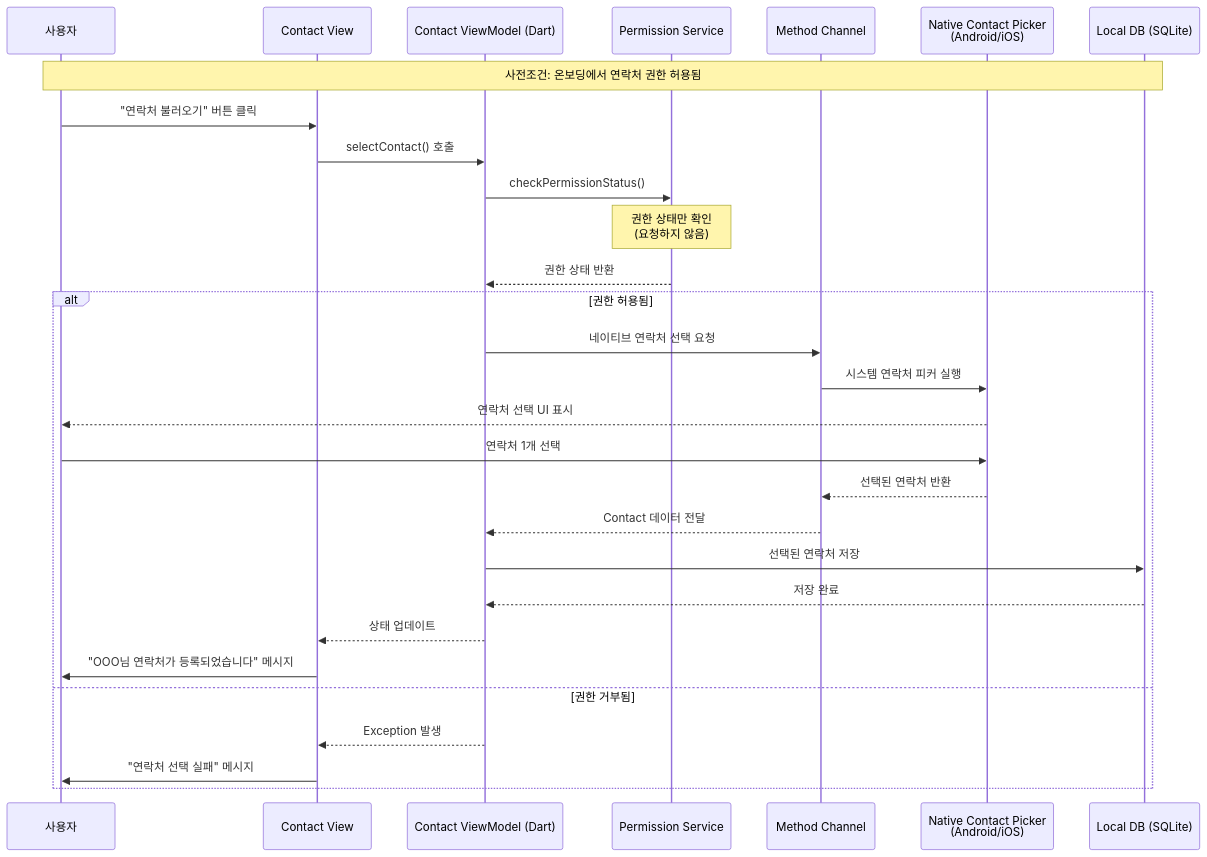
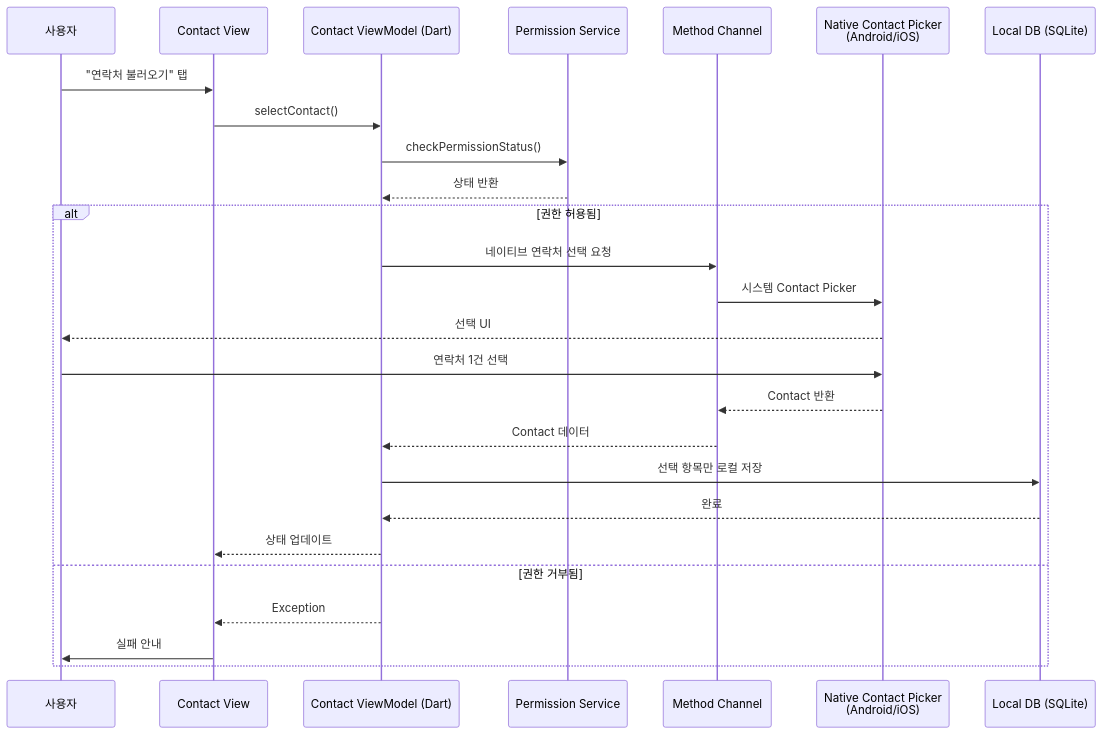
Before and after one commit to kdongsu5509/imhere_mobile: the third of 5 diagrams in README.md, drawn with Mermaid. The commit also changed other lines of this file and 16 other files, not shown here.

````diff
--- a/README.md
+++ b/README.md
@@ -151,34 +180,30 @@
 ```mermaid
 sequenceDiagram
     participant User as 사용자
     participant View as Contact View
     participant VM as Contact ViewModel (Dart)
     participant PermSvc as Permission Service
     participant Channel as Method Channel
     participant Native as Native Contact Picker<br/>(Android/iOS)
     participant DB as Local DB (SQLite)
 
-    Note over User,DB: 사전조건: 온보딩에서 연락처 권한 허용됨
-    
-    User->>View: "연락처 불러오기" 버튼 클릭
-    View->>VM: selectContact() 호출
+    User->>View: "연락처 불러오기" 탭
+    View->>VM: selectContact()
     VM->>PermSvc: checkPermissionStatus()
-    Note over PermSvc: 권한 상태만 확인<br/>(요청하지 않음)
-    PermSvc-->>VM: 권한 상태 반환
-    
+    PermSvc-->>VM: 상태 반환
+
     alt 권한 허용됨
         VM->>Channel: 네이티브 연락처 선택 요청
-        Channel->>Native: 시스템 연락처 피커 실행
-        Native-->>User: 연락처 선택 UI 표시
-        User->>Native: 연락처 1개 선택
-        Native-->>Channel: 선택된 연락처 반환
-        Channel-->>VM: Contact 데이터 전달
-        VM->>DB: 선택된 연락처 저장
-        DB-->>VM: 저장 완료
+        Channel->>Native: 시스템 Contact Picker
+        Native-->>User: 선택 UI
+        User->>Native: 연락처 1건 선택
+        Native-->>Channel: Contact 반환
+        Channel-->>VM: Contact 데이터
+        VM->>DB: 선택 항목만 로컬 저장
+        DB-->>VM: 완료
         VM-->>View: 상태 업데이트
-        View->>User: "OOO님 연락처가 등록되었습니다" 메시지
     else 권한 거부됨
-        VM-->>View: Exception 발생
-        View->>User: "연락처 선택 실패" 메시지
+        VM-->>View: Exception
+        View->>User: 실패 안내
     end
 ```
````
